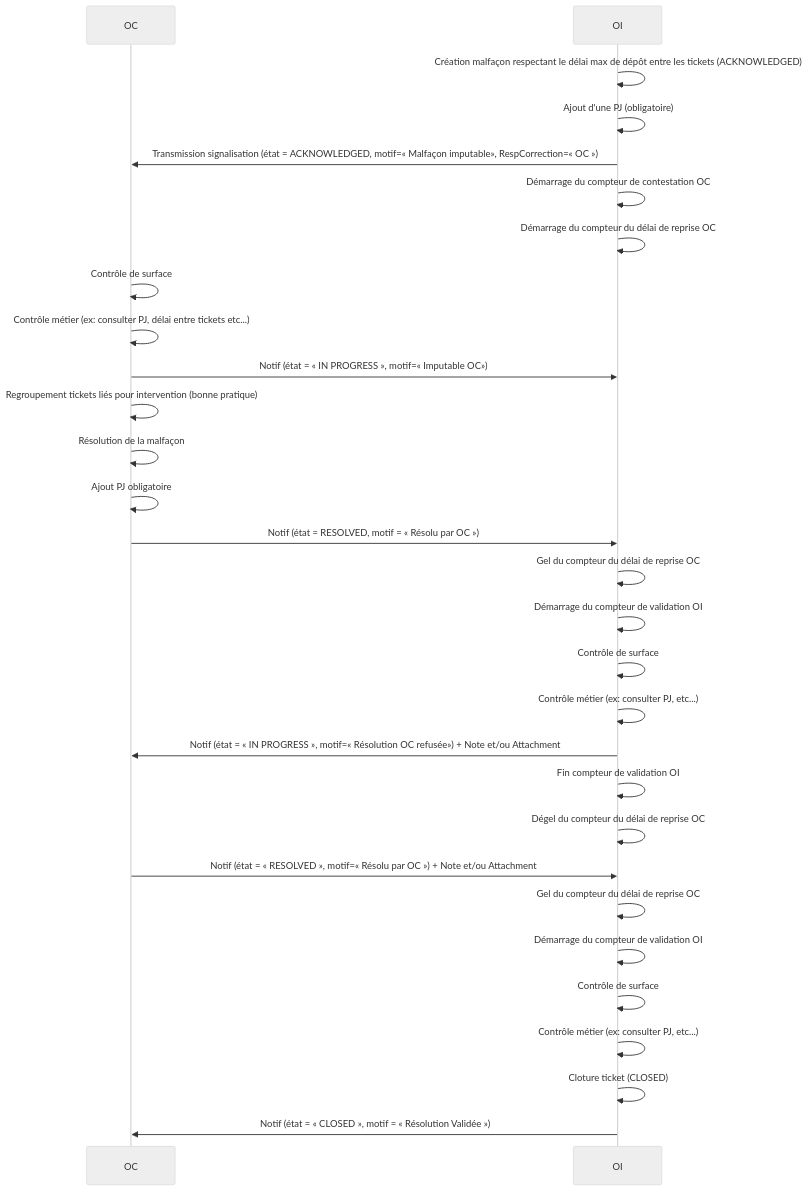
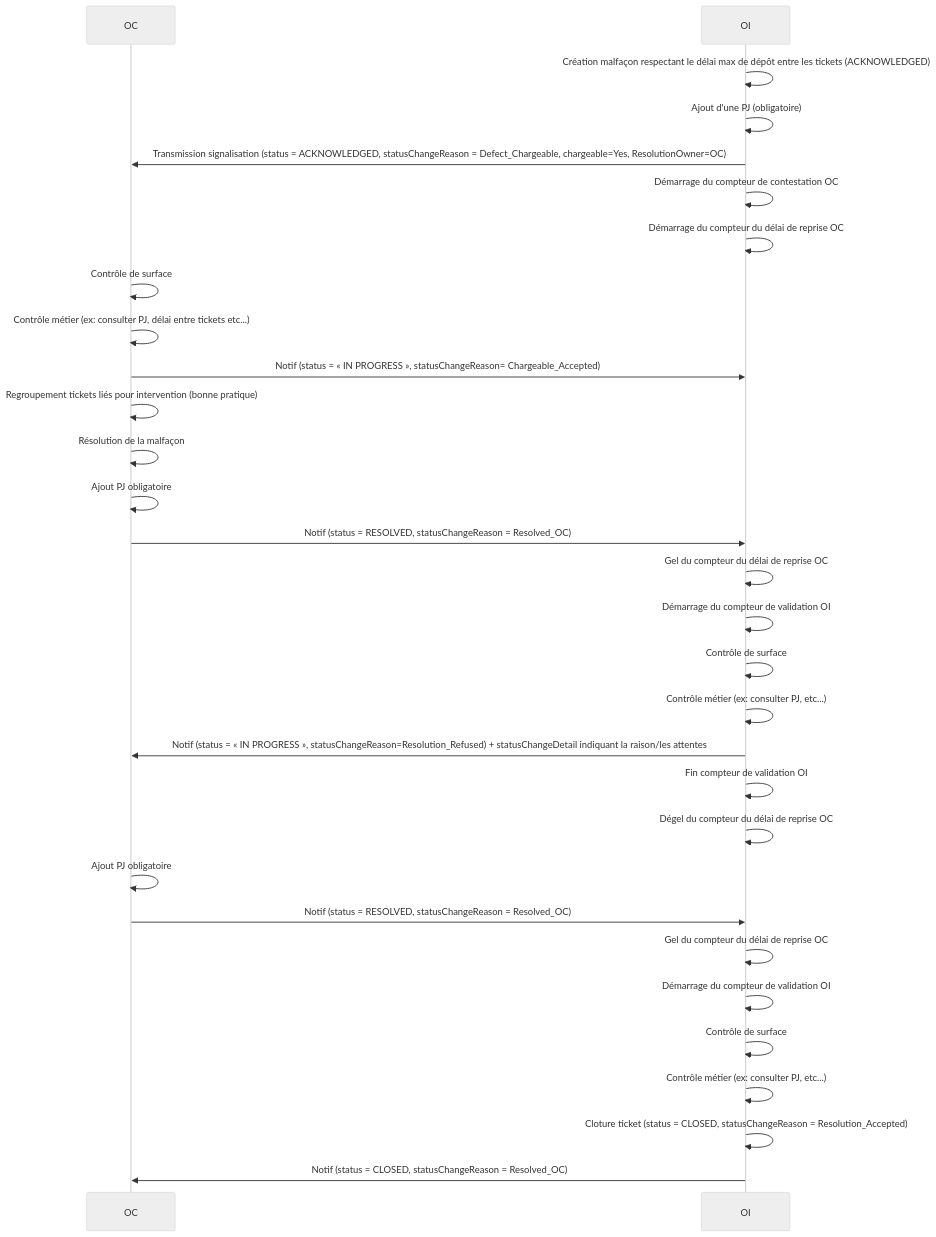
Before and after one commit to before-interop/malfacon: the seventh of 14 diagrams in README.md, drawn with Mermaid (neutral theme). The commit also changed other lines of this file and 1 other file, not shown here.

````diff
--- a/README.md
+++ b/README.md
@@ -389,33 +382,34 @@
 ```mermaid
 sequenceDiagram
 
   participant OC
   participant OI
 
   OI->>OI: Création malfaçon respectant le délai max de dépôt entre les tickets (ACKNOWLEDGED)
   OI->>OI: Ajout d'une PJ (obligatoire)
-  OI->>OC: Transmission signalisation (état = ACKNOWLEDGED, motif=« Malfaçon imputable», RespCorrection=« OC »)
+  OI->>OC: Transmission signalisation (status = ACKNOWLEDGED, statusChangeReason = Defect_Chargeable, chargeable=Yes, ResolutionOwner=OC)
   OI->>OI: Démarrage du compteur de contestation OC
   OI->>OI: Démarrage du compteur du délai de reprise OC
   OC->>OC: Contrôle de surface
   OC->>OC: Contrôle métier (ex: consulter PJ, délai entre tickets etc...)
-  OC->>OI: Notif (état = « IN PROGRESS », motif=« Imputable OC»)
+  OC->>OI: Notif (status = « IN PROGRESS », statusChangeReason= Chargeable_Accepted)
   OC->>OC: Regroupement tickets liés pour intervention (bonne pratique)
   OC->>OC: Résolution de la malfaçon
   OC->>OC: Ajout PJ obligatoire
-  OC->>OI: Notif (état = RESOLVED, motif = « Résolu par OC »)
+  OC->>OI: Notif (status = RESOLVED, statusChangeReason = Resolved_OC)
   OI->>OI: Gel du compteur du délai de reprise OC
   OI->>OI: Démarrage du compteur de validation OI
   OI->>OI: Contrôle de surface
   OI->>OI: Contrôle métier (ex: consulter PJ, etc...)
-  OI->>OC: Notif (état = « IN PROGRESS », motif=« Résolution OC refusée») + Note et/ou Attachment
+  OI->>OC: Notif (status = « IN PROGRESS », statusChangeReason=Resolution_Refused) + statusChangeDetail indiquant la raison/les attentes
   OI->>OI: Fin compteur de validation OI
   OI->>OI: Dégel du compteur du délai de reprise OC
-  OC->>OI: Notif (état = « RESOLVED », motif=« Résolu par OC ») + Note et/ou Attachment
+  OC->>OC: Ajout PJ obligatoire
+  OC->>OI: Notif (status = RESOLVED, statusChangeReason = Resolved_OC)
   OI->>OI: Gel du compteur du délai de reprise OC
   OI->>OI: Démarrage du compteur de validation OI
   OI->>OI: Contrôle de surface
   OI->>OI: Contrôle métier (ex: consulter PJ, etc...)
-  OI->>OI: Cloture ticket (CLOSED)
-  OI->>OC: Notif (état = « CLOSED », motif = « Résolution Validée »)
+  OI->>OI: Cloture ticket (status = CLOSED, statusChangeReason = Resolution_Accepted)
+  OI->>OC: Notif (status = CLOSED, statusChangeReason = Resolved_OC)
 ```
````
